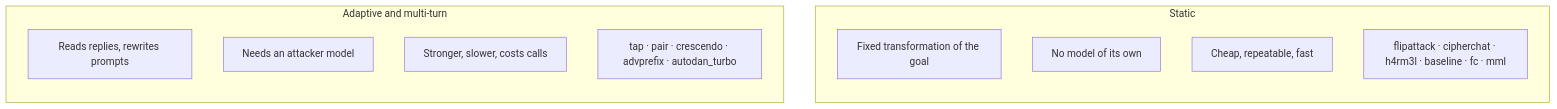
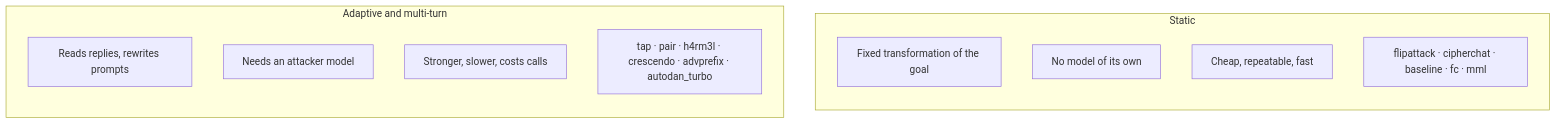
One commit to AISecurityLab/hackagent changed the first of 2 diagrams in docs/docs/concepts/attacks-and-roles.md. Above: the diagram before and after it, drawn with Mermaid. The commit also changed other lines of this file and 64 other files, not shown here.

````diff
--- a/docs/docs/concepts/attacks-and-roles.md
+++ b/docs/docs/concepts/attacks-and-roles.md
@@ -13,17 +13,17 @@
 ```mermaid
 flowchart TB
   subgraph static["Static"]
     direction TB
     S1["Fixed transformation of the goal"]
     S2["No model of its own"]
     S3["Cheap, repeatable, fast"]
-    S4["flipattack · cipherchat · h4rm3l · baseline · fc · mml"]
+    S4["flipattack · cipherchat · baseline · fc · mml"]
   end
   subgraph adaptive["Adaptive and multi-turn"]
     direction TB
     A1["Reads replies, rewrites prompts"]
     A2["Needs an attacker model"]
     A3["Stronger, slower, costs calls"]
-    A4["tap · pair · crescendo · advprefix · autodan_turbo"]
+    A4["tap · pair · h4rm3l · crescendo · advprefix · autodan_turbo"]
   end
 ```
````
